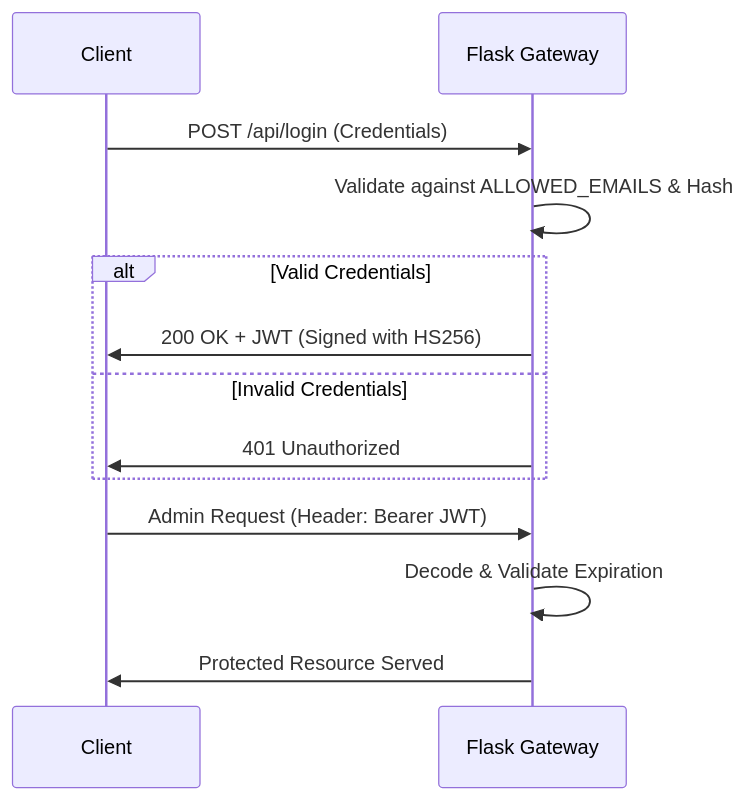
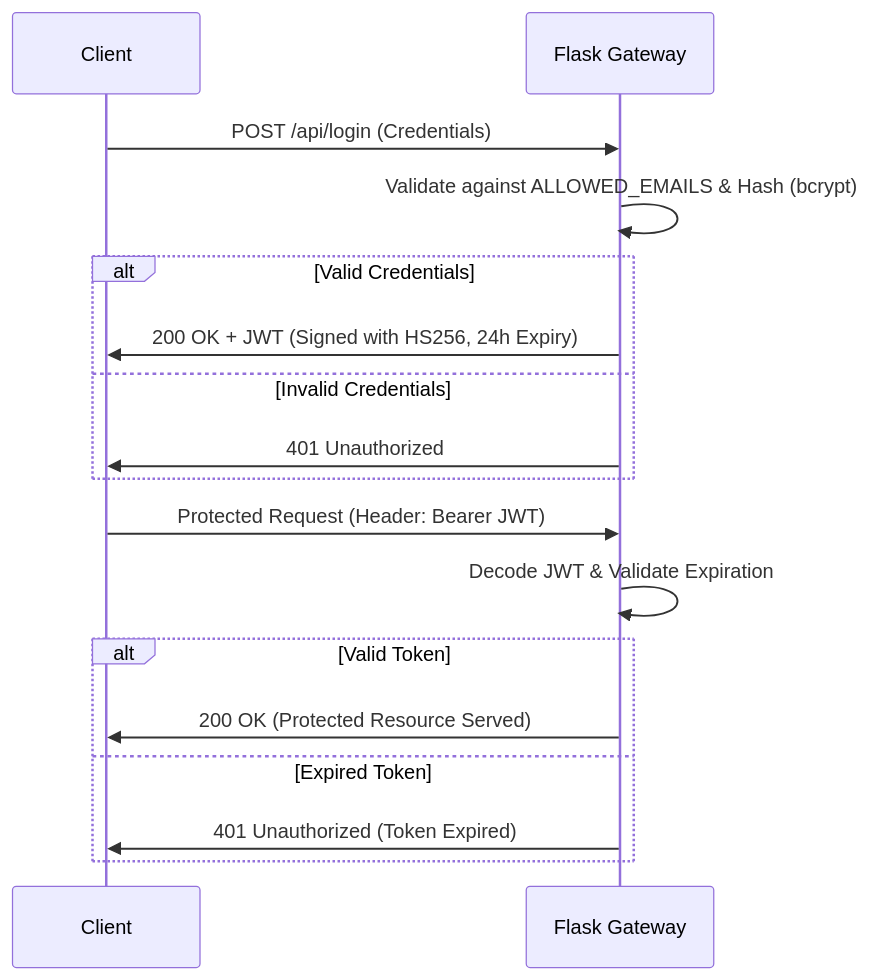
One commit to sandeep-kumar-270904/ANITS-Campus-AI-Assistant changed the fourth of 4 diagrams in README.md. Above: the diagram before and after it, drawn with Mermaid. The commit also changed other lines of this file, not shown here.

````diff
--- a/README.md
+++ b/README.md
@@ -156,17 +184,21 @@
 ```mermaid
 sequenceDiagram
     participant Client
     participant Flask Gateway
     
     Client->>Flask Gateway: POST /api/login (Credentials)
-    Flask Gateway->>Flask Gateway: Validate against ALLOWED_EMAILS & Hash
+    Flask Gateway->>Flask Gateway: Validate against ALLOWED_EMAILS & Hash (bcrypt)
     alt Valid Credentials
-        Flask Gateway->>Client: 200 OK + JWT (Signed with HS256)
+        Flask Gateway->>Client: 200 OK + JWT (Signed with HS256, 24h Expiry)
     else Invalid Credentials
         Flask Gateway->>Client: 401 Unauthorized
     end
     
-    Client->>Flask Gateway: Admin Request (Header: Bearer JWT)
-    Flask Gateway->>Flask Gateway: Decode & Validate Expiration
-    Flask Gateway->>Client: Protected Resource Served
+    Client->>Flask Gateway: Protected Request (Header: Bearer JWT)
+    Flask Gateway->>Flask Gateway: Decode JWT & Validate Expiration
+    alt Valid Token
+        Flask Gateway->>Client: 200 OK (Protected Resource Served)
+    else Expired Token
+        Flask Gateway->>Client: 401 Unauthorized (Token Expired)
+    end
 ```
````
